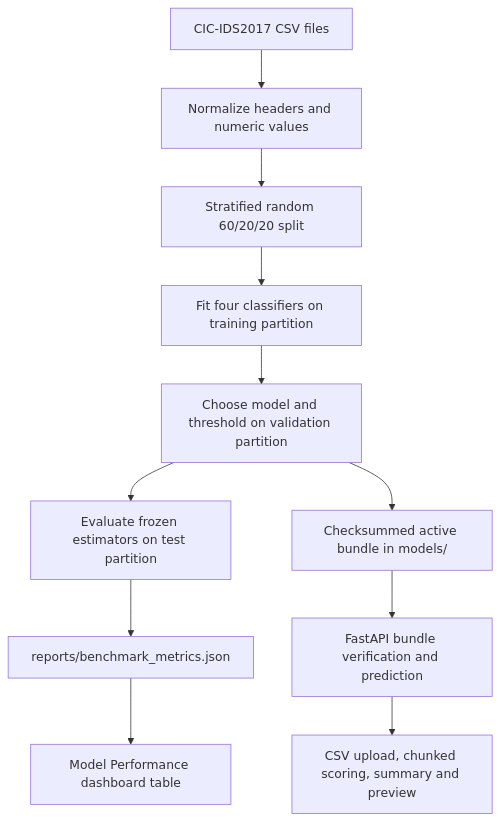
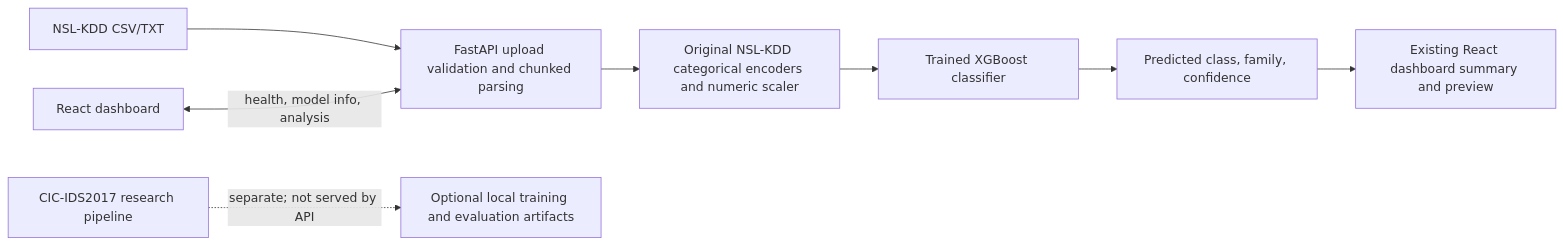
Before and after one commit to Ishaan2504/ML-Based-NIDS: the diagram in docs/ARCHITECTURE.md, drawn with Mermaid. The commit also changed other lines of this file and 19 other files, not shown here.

Commit message:
feat: update NSL-KDD model and multi-file analysis

````diff
--- a/docs/ARCHITECTURE.md
+++ b/docs/ARCHITECTURE.md
@@ -5,13 +5,10 @@
 ```mermaid
-flowchart TD
-    A["CIC-IDS2017 CSV files"] --> B["Normalize headers and numeric values"]
-    B --> C["Stratified random 60/20/20 split"]
-    C --> D["Fit four classifiers on training partition"]
-    D --> E["Choose model and threshold on validation partition"]
-    E --> F["Evaluate frozen estimators on test partition"]
-    E --> G["Checksummed active bundle in models/"]
-    F --> H["reports/benchmark_metrics.json"]
-    G --> I["FastAPI bundle verification and prediction"]
-    H --> J["Model Performance dashboard table"]
-    I --> K["CSV upload, chunked scoring, summary and preview"]
+flowchart LR
+    A["NSL-KDD CSV/TXT"] --> B["FastAPI upload validation and chunked parsing"]
+    B --> C["Original NSL-KDD categorical encoders and numeric scaler"]
+    C --> D["Trained XGBoost classifier"]
+    D --> E["Predicted class, family, confidence"]
+    E --> F["Existing React dashboard summary and preview"]
+    G["React dashboard"] <-->|"health, model info, analysis"| B
+    H["CIC-IDS2017 research pipeline"] -. "separate; not served by API" .-> I["Optional local training and evaluation artifacts"]
 ```
````
